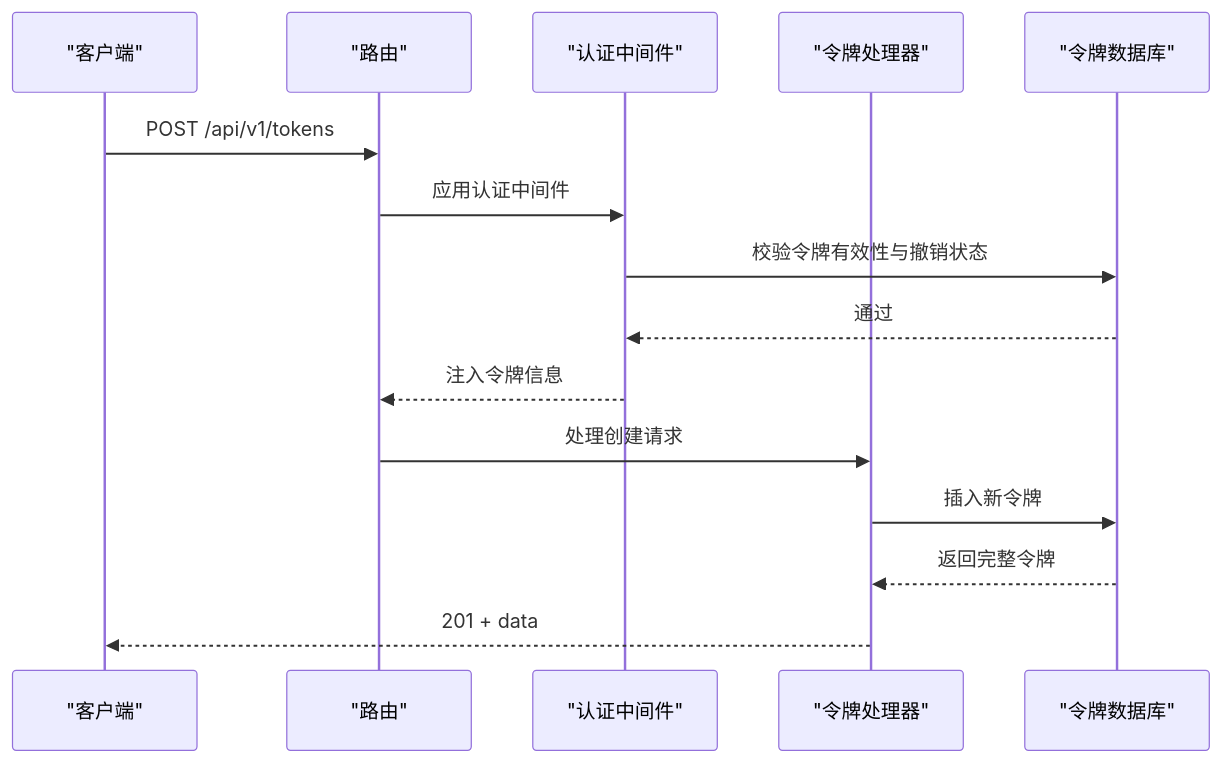
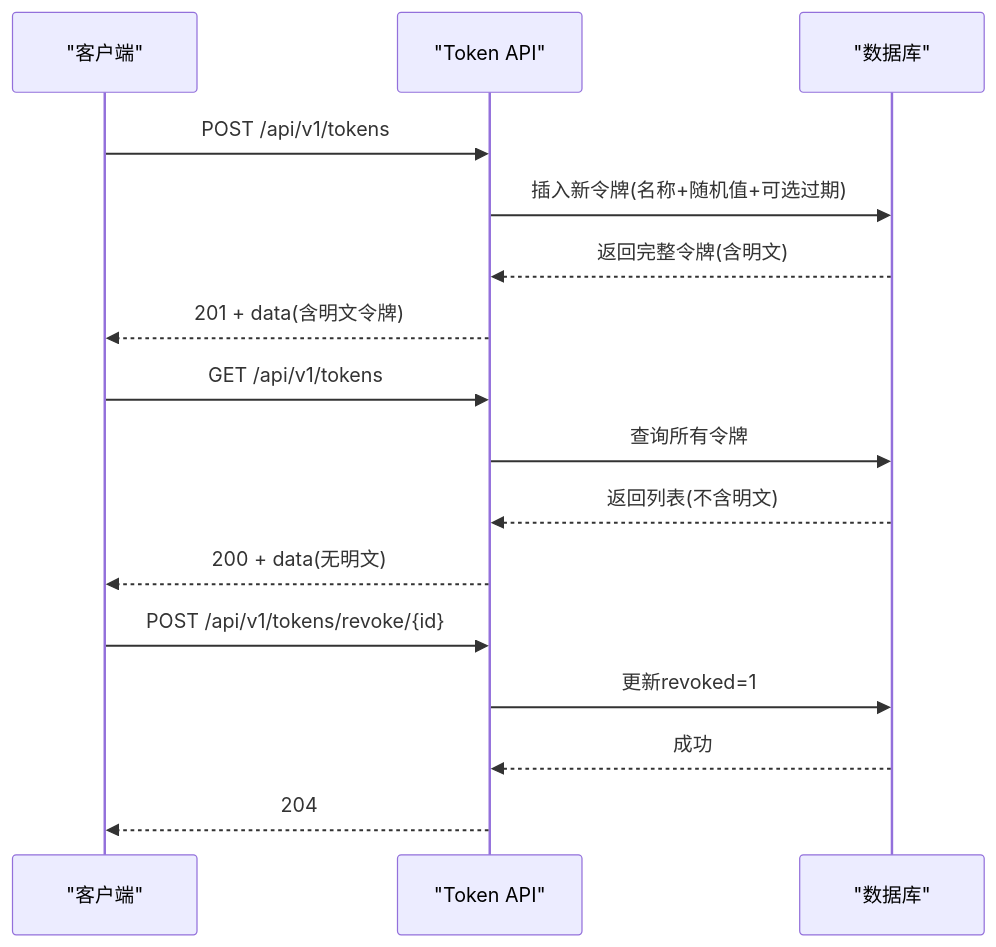
Before and after one commit to leimu-hue/AI-Trend-Tool: the third of 7 diagrams in .qoder/repowiki/zh/content/API接口文档/API接口文档.md, drawn with Mermaid. The commit also changed other lines of this file and 118 other files, not shown here.

````diff
--- a/.qoder/repowiki/zh/content/API接口文档/API接口文档.md
+++ b/.qoder/repowiki/zh/content/API接口文档/API接口文档.md
@@ -149,17 +141,18 @@
 ```mermaid
 sequenceDiagram
 participant Client as "客户端"
-participant Router as "路由"
-participant Auth as "认证中间件"
-participant Handler as "令牌处理器"
-participant DB as "令牌数据库"
-Client->>Router : POST /api/v1/tokens
-Router->>Auth : 应用认证中间件
-Auth->>DB : 校验令牌有效性与撤销状态
-DB-->>Auth : 通过
-Auth-->>Router : 注入令牌信息
-Router->>Handler : 处理创建请求
-Handler->>DB : 插入新令牌
-DB-->>Handler : 返回完整令牌
-Handler-->>Client : 201 + data
+participant API as "Token API"
+participant DB as "数据库"
+Client->>API : POST /api/v1/tokens
+API->>DB : 插入新令牌(名称+随机值+可选过期)
+DB-->>API : 返回完整令牌(含明文)
+API-->>Client : 201 + data(含明文令牌)
+Client->>API : GET /api/v1/tokens
+API->>DB : 查询所有令牌
+DB-->>API : 返回列表(不含明文)
+API-->>Client : 200 + data(无明文)
+Client->>API : POST /api/v1/tokens/revoke/{id}
+API->>DB : 更新revoked=1
+DB-->>API : 成功
+API-->>Client : 204
 ```
````
